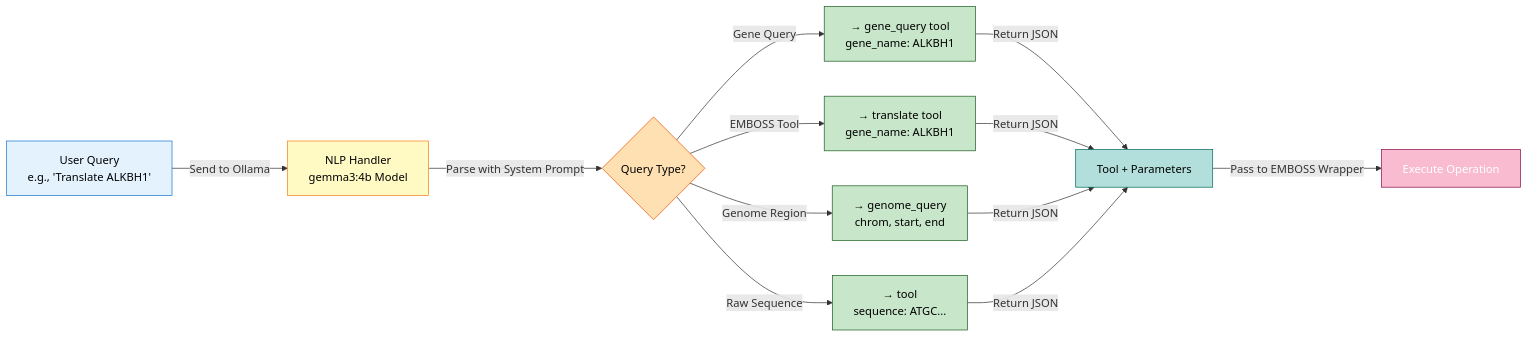
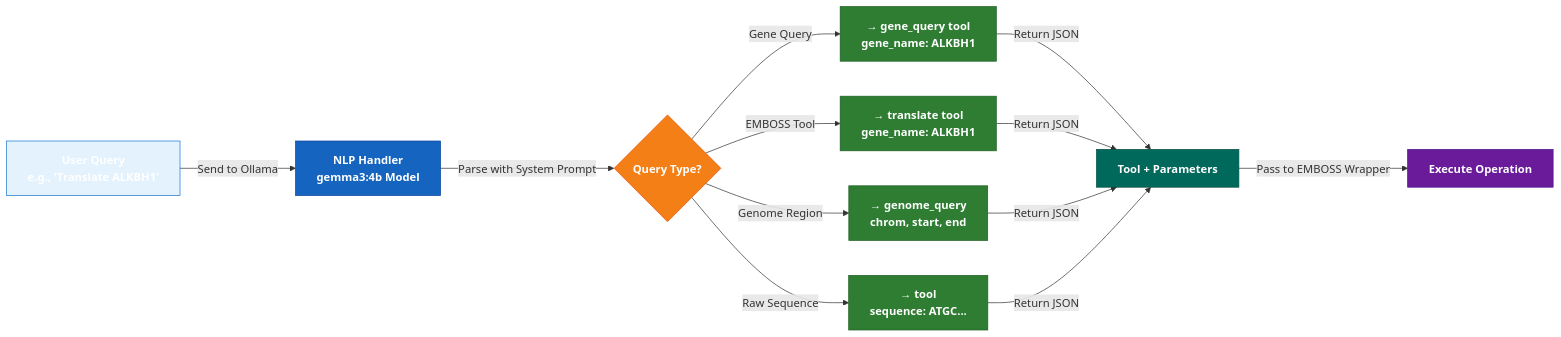
One commit to caagendaz/BME110-final changed the second of 9 diagrams in ARCHITECTURE.md. Above: the diagram before and after it, drawn with Mermaid. The commit also changed other lines of this file, not shown here.

First line of the commit message:
Improve diagram readability - use deeper colors for all boxes

````diff
--- a/ARCHITECTURE.md
+++ b/ARCHITECTURE.md
@@ -60,28 +60,28 @@
 ```mermaid
 graph LR
     A["User Query<br/>e.g., 'Translate ALKBH1'"] -->|Send to Ollama| B["NLP Handler<br/>gemma3:4b Model"]
     
     B -->|Parse with System Prompt| C{Query Type?}
     
     C -->|Gene Query| D["→ gene_query tool<br/>gene_name: ALKBH1"]
     C -->|EMBOSS Tool| E["→ translate tool<br/>gene_name: ALKBH1"]
     C -->|Genome Region| F["→ genome_query<br/>chrom, start, end"]
     C -->|Raw Sequence| G["→ tool<br/>sequence: ATGC..."]
     
     D -->|Return JSON| H["Tool + Parameters"]
     E -->|Return JSON| H
     F -->|Return JSON| H
     G -->|Return JSON| H
     
     H -->|Pass to EMBOSS Wrapper| I["Execute Operation"]
     
-    style A fill:#e3f2fd,stroke:#1976d2,color:#000000
-    style B fill:#fff9c4,stroke:#f57f17,color:#000000
-    style C fill:#ffe0b2,stroke:#e65100,color:#000000
-    style D fill:#c8e6c9,stroke:#1b5e20,color:#000000
-    style E fill:#c8e6c9,stroke:#1b5e20,color:#000000
-    style F fill:#c8e6c9,stroke:#1b5e20,color:#000000
-    style G fill:#c8e6c9,stroke:#1b5e20,color:#000000
-    style H fill:#b2dfdb,stroke:#00695c,color:#000000
-    style I fill:#f8bbd0,stroke:#880e4f,color:#ffffff
+    style A fill:#e3f2fd,stroke:#1976d2,color:#ffffff,font-weight:bold
+    style B fill:#1565c0,stroke:#0d47a1,color:#ffffff,font-weight:bold
+    style C fill:#f57f17,stroke:#e65100,color:#ffffff,font-weight:bold
+    style D fill:#2e7d32,stroke:#1b5e20,color:#ffffff,font-weight:bold
+    style E fill:#2e7d32,stroke:#1b5e20,color:#ffffff,font-weight:bold
+    style F fill:#2e7d32,stroke:#1b5e20,color:#ffffff,font-weight:bold
+    style G fill:#2e7d32,stroke:#1b5e20,color:#ffffff,font-weight:bold
+    style H fill:#00695c,stroke:#004d40,color:#ffffff,font-weight:bold
+    style I fill:#6a1b9a,stroke:#4a148c,color:#ffffff,font-weight:bold
 ```
````
